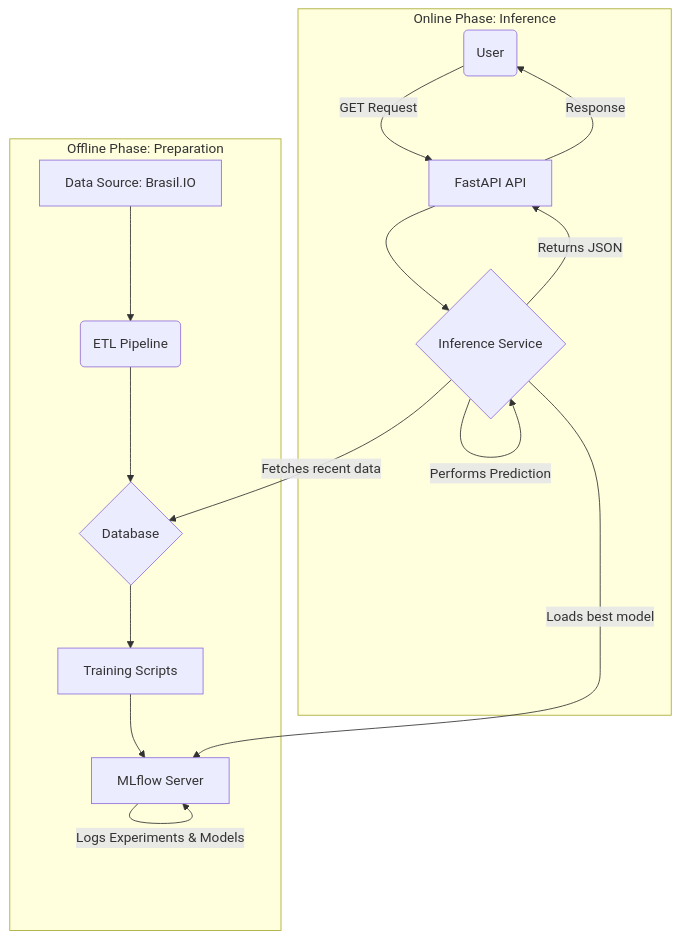
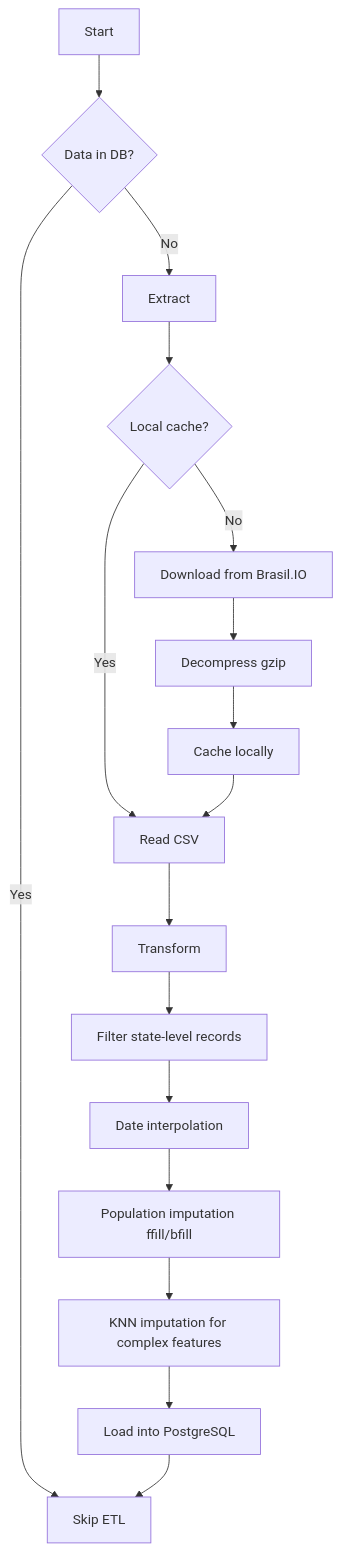
The second of 2 diagrams in README.md (isrreal/COVID-19-Forecasting-System), drawn with Mermaid before and after one commit. The commit also changed other lines of this file, not shown here.

Commit message:
docs(readme): rewrite to reflect current architecture, endpoints, and dashboard

````diff
--- a/README.md
+++ b/README.md
@@ -257,20 +116,17 @@
 ```mermaid
 flowchart TD
-    subgraph "Offline Phase: Preparation"
-        A[Data Source: Brasil.IO] --> B(ETL Pipeline)
-        B --> C{Database}
-        C --> D[Training Scripts]
-        D --> E[MLflow Server]
-        E -- Logs Experiments & Models --> E
-    end
-
-    subgraph "Online Phase: Inference"
-        F(User) -- GET Request --> G[FastAPI API]
-        G --> H{Inference Service}
-        H -- Loads best model --> E
-        H -- Fetches recent data --> C
-        H -- Performs Prediction --> H
-        H -- Returns JSON --> G
-        G -- Response --> F
-    end
+    A[Start] --> B{Data in DB?}
+    B -->|Yes| Z[Skip ETL]
+    B -->|No| C[Extract]
+    C --> D{Local cache?}
+    D -->|Yes| E[Read CSV]
+    D -->|No| F[Download from Brasil.IO]
+    F --> G[Decompress gzip] --> H[Cache locally] --> E
+    E --> I[Transform]
+    I --> J[Filter state-level records]
+    J --> K[Date interpolation]
+    K --> L[Population imputation ffill/bfill]
+    L --> M[KNN imputation for complex features]
+    M --> N[Load into PostgreSQL]
+    N --> Z
 ```
````
